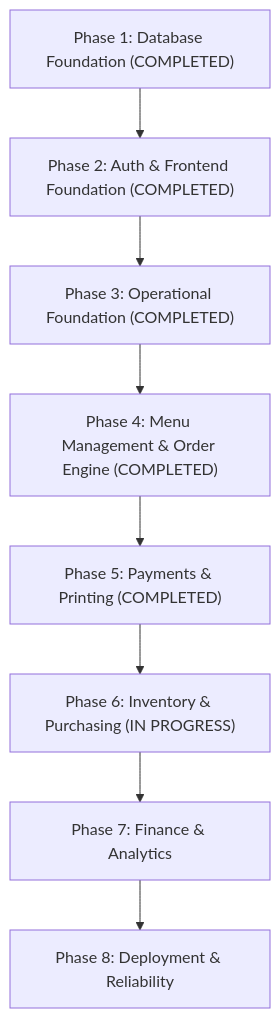
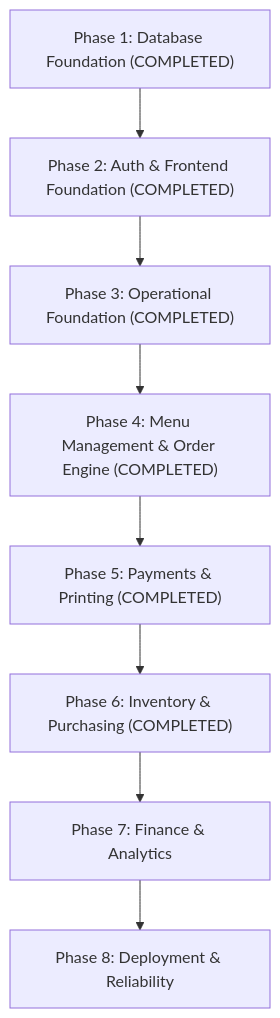
The diagram in docs/PROJECT_PLAN.md (Megawatzy420/temu-pulang), drawn with Mermaid before and after one commit. The commit also changed other lines of this file and 17 other files, not shown here.

````diff
--- a/docs/PROJECT_PLAN.md
+++ b/docs/PROJECT_PLAN.md
@@ -11,10 +11,10 @@
 ```mermaid
 flowchart TD
     P1["Phase 1: Database Foundation (COMPLETED)"] --> P2["Phase 2: Auth & Frontend Foundation (COMPLETED)"]
     P2 --> P3["Phase 3: Operational Foundation (COMPLETED)"]
     P3 --> P4["Phase 4: Menu Management & Order Engine (COMPLETED)"]
     P4 --> P5["Phase 5: Payments & Printing (COMPLETED)"]
-    P5 --> P6["Phase 6: Inventory & Purchasing (IN PROGRESS)"]
+    P5 --> P6["Phase 6: Inventory & Purchasing (COMPLETED)"]
     P6 --> P7["Phase 7: Finance & Analytics"]
     P7 --> P8["Phase 8: Deployment & Reliability"]
 ```
````
